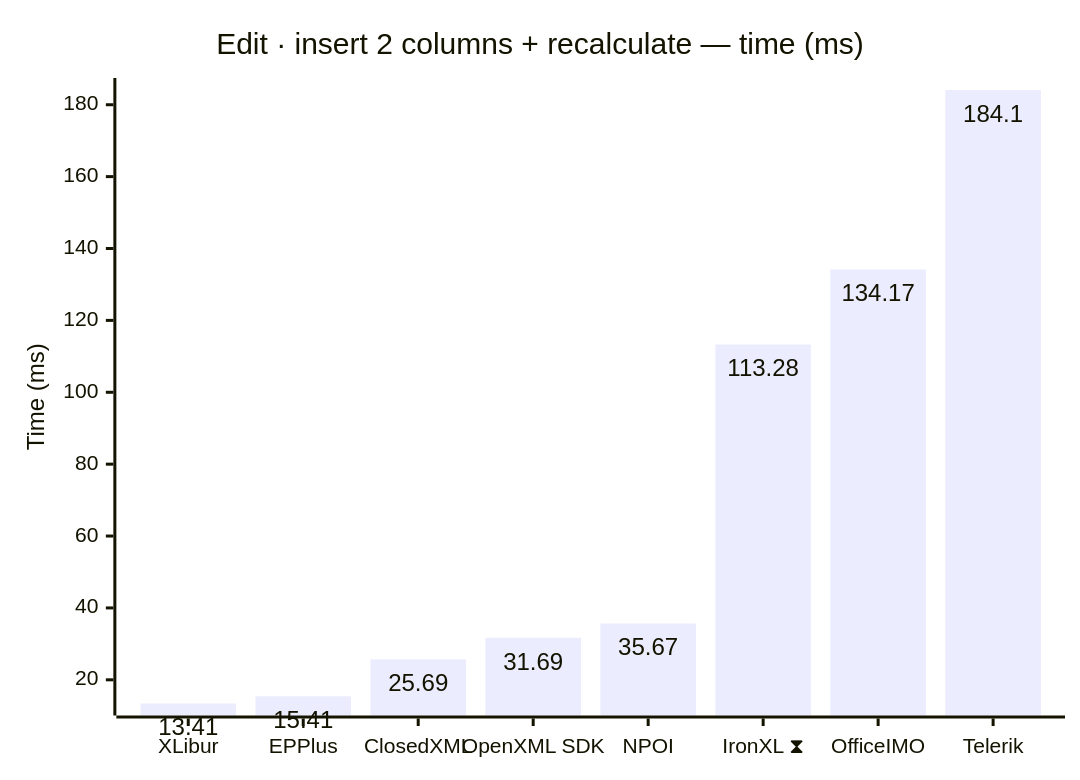
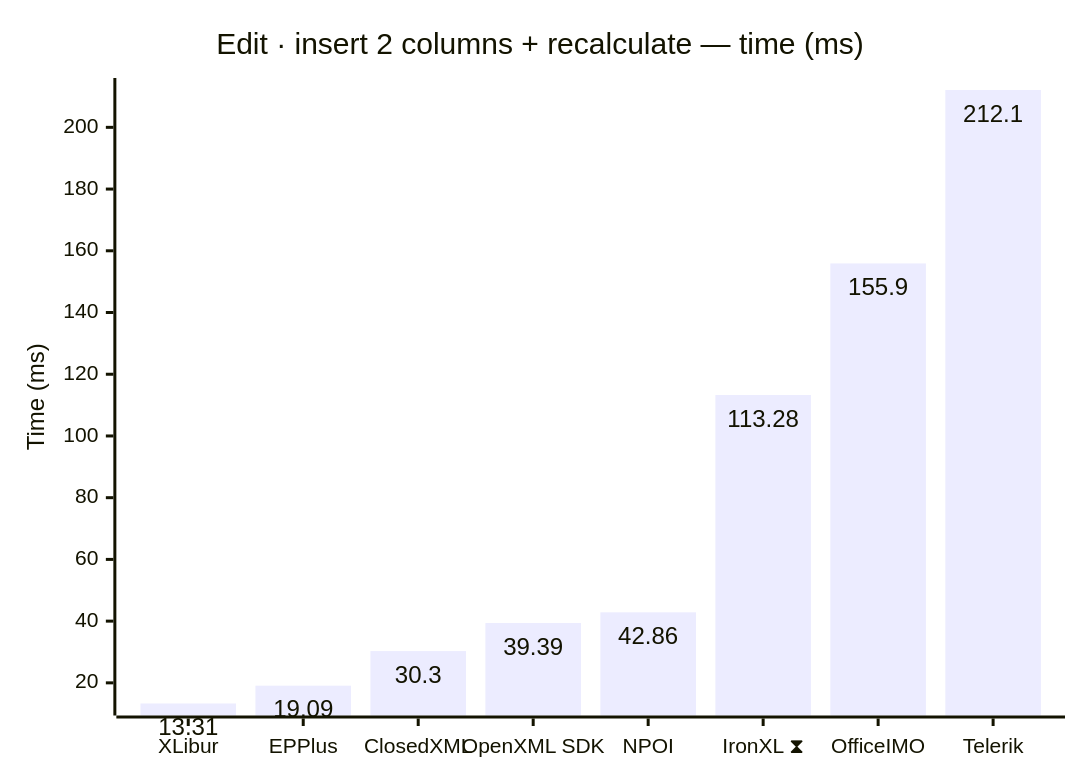
One commit to jafin/XLBench changed diagram 11 of 12 in docs/results.md. Above: the diagram before and after it, drawn with Mermaid. The commit also changed other lines of this file and 4 other files, not shown here.

````diff
--- a/docs/results.md
+++ b/docs/results.md
@@ -172,12 +172,12 @@
 ```mermaid
 ---
 config:
   xyChart:
     showDataLabel: true
 ---
 xychart-beta
     title "Edit · insert 2 columns + recalculate — time (ms)"
     x-axis ["XLibur", "EPPlus", "ClosedXML", "OpenXML SDK", "NPOI", "IronXL ⧗", "OfficeIMO", "Telerik"]
     y-axis "Time (ms)"
-    bar [13.41, 15.41, 25.69, 31.69, 35.67, 113.28, 134.17, 184.1]
+    bar [13.31, 19.09, 30.3, 39.39, 42.86, 113.28, 155.9, 212.1]
 ```
````
